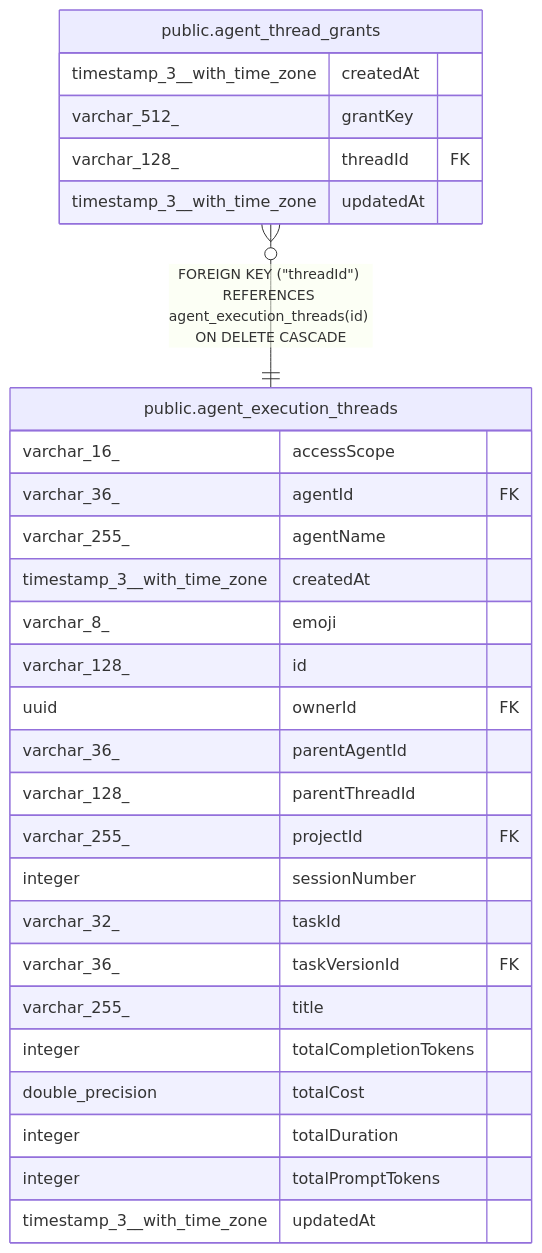
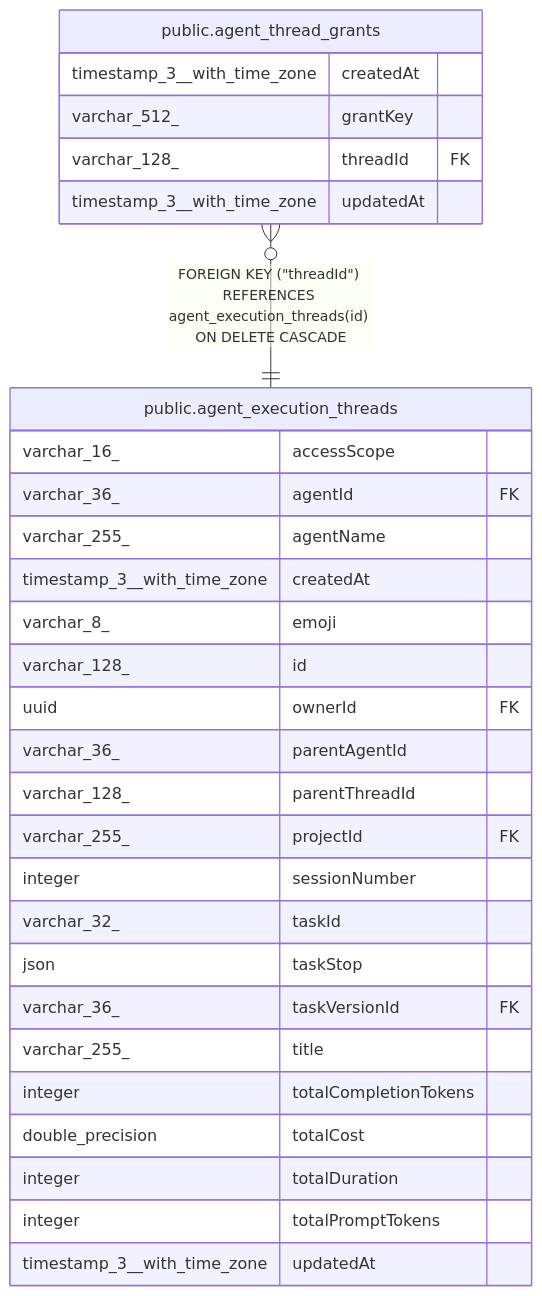
One commit to sreent/n8n changed the diagram in docs/generated/postgres-schema/public.agent_thread_grants.md. Above: the diagram before and after it, drawn with Mermaid. The commit also changed 7993 other files, not shown here.

````diff
--- a/docs/generated/postgres-schema/public.agent_thread_grants.md
+++ b/docs/generated/postgres-schema/public.agent_thread_grants.md
@@ -31,33 +31,34 @@
 ```mermaid
 erDiagram
 
 "public.agent_thread_grants" }o--|| "public.agent_execution_threads" : "FOREIGN KEY (#quot;threadId#quot;) REFERENCES agent_execution_threads(id) ON DELETE CASCADE"
 
 "public.agent_thread_grants" {
   timestamp_3__with_time_zone createdAt
   varchar_512_ grantKey
   varchar_128_ threadId FK
   timestamp_3__with_time_zone updatedAt
 }
 "public.agent_execution_threads" {
   varchar_16_ accessScope
   varchar_36_ agentId FK
   varchar_255_ agentName
   timestamp_3__with_time_zone createdAt
   varchar_8_ emoji
   varchar_128_ id
   uuid ownerId FK
   varchar_36_ parentAgentId
   varchar_128_ parentThreadId
   varchar_255_ projectId FK
   integer sessionNumber
   varchar_32_ taskId
+  json taskStop
   varchar_36_ taskVersionId FK
   varchar_255_ title
   integer totalCompletionTokens
   double_precision totalCost
   integer totalDuration
   integer totalPromptTokens
   timestamp_3__with_time_zone updatedAt
 }
 ```
````
